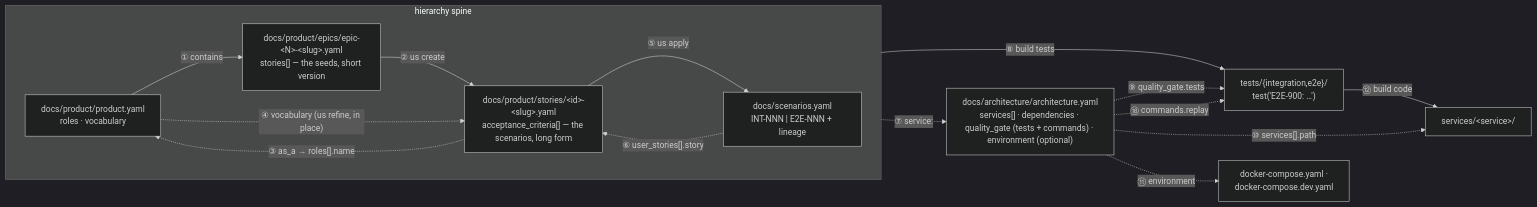
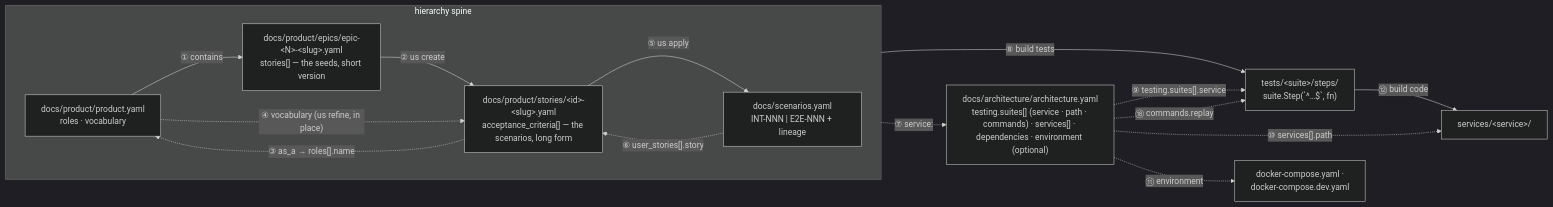
Before and after one commit to ondatra-ai/true-bdd: the diagram in docs/doc-universe.md, drawn with Mermaid (dark theme). The commit also changed other lines of this file and 554 other files, not shown here.

````diff
--- a/docs/doc-universe.md
+++ b/docs/doc-universe.md
@@ -80,30 +80,30 @@
 ```mermaid
 flowchart LR
   subgraph spine["hierarchy spine"]
     direction LR
     PRODUCT["docs/product/product.yaml<br/>roles · vocabulary"]
     EPIC["docs/product/epics/epic-&lt;N&gt;-&lt;slug&gt;.yaml<br/>stories[] — the seeds, short version"]
     STORY["docs/product/stories/&lt;id&gt;-&lt;slug&gt;.yaml<br/>acceptance_criteria[] — the scenarios, long form"]
     REG["docs/scenarios.yaml<br/>INT-NNN | E2E-NNN + lineage"]
     PRODUCT -- "① contains" --> EPIC
     EPIC -- "② us create" --> STORY
     STORY -- "⑤ us apply" --> REG
   end
 
   STORY -. "③ as_a → roles[].name" .-> PRODUCT
   PRODUCT -. "④ vocabulary (us refine, in place)" .-> STORY
   REG -. "⑥ user_stories[].story" .-> STORY
 
-  ARCH["docs/architecture/architecture.yaml<br/>services[] · dependencies · quality_gate (tests + commands) · environment (optional)"]
-  TESTS["tests/{integration,e2e}/<br/>test('E2E-900: …')"]
+  ARCH["docs/architecture/architecture.yaml<br/>testing.suites[] (service · path · commands) · services[] · dependencies · environment (optional)"]
+  TESTS["tests/&lt;suite&gt;/steps/<br/>suite.Step(`^…$`, fn)"]
   SRC["services/&lt;service&gt;/"]
   COMPOSE["docker-compose.yaml ·<br/>docker-compose.dev.yaml"]
 
   REG -- "⑧ build tests" --> TESTS
   TESTS -- "⑫ build code" --> SRC
   REG -. "⑦ service:" .-> ARCH
-  ARCH -. "⑨ quality_gate.tests" .-> TESTS
+  ARCH -. "⑨ testing.suites[].service" .-> TESTS
   ARCH -. "⑱ commands.replay" .-> TESTS
   ARCH -. "⑩ services[].path" .-> SRC
   ARCH -. "⑪ environment" .-> COMPOSE
 ```
````
